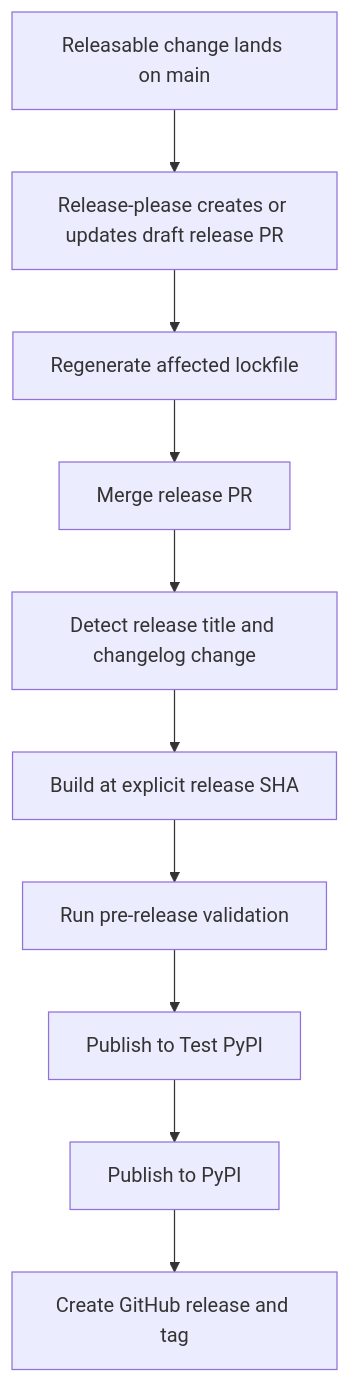
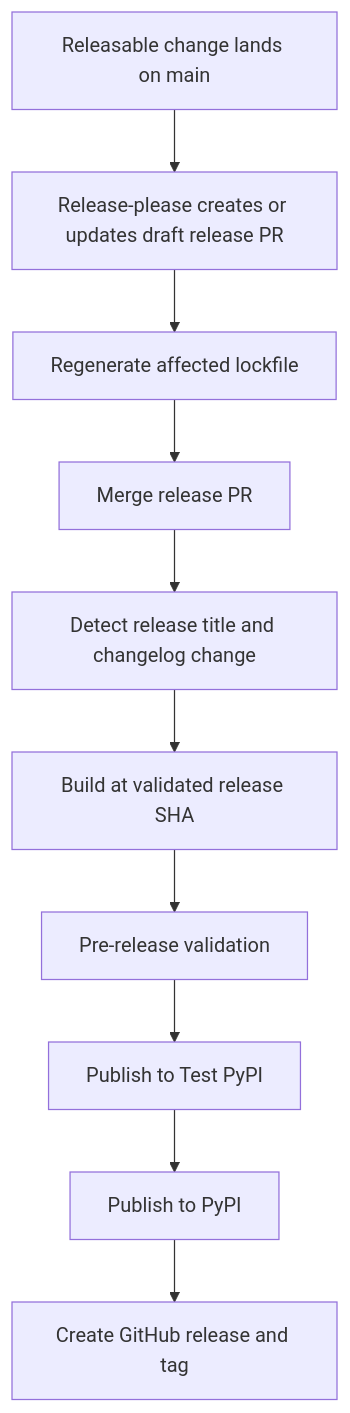
The third of 3 diagrams in openwiki/operations/development.md (langchain-ai/deepagents), drawn with Mermaid before and after one commit. The commit also changed other lines of this file and 41 other files, not shown here.

````diff
--- a/openwiki/operations/development.md
+++ b/openwiki/operations/development.md
@@ -149,12 +183,12 @@
 ```mermaid
 flowchart TD
     Main["Releasable change lands on main"] --> ReleasePR["Release-please creates or updates draft release PR"]
     ReleasePR --> Lock["Regenerate affected lockfile"]
     Lock --> Merge["Merge release PR"]
     Merge --> Detect["Detect release title and changelog change"]
-    Detect --> Build["Build at explicit release SHA"]
-    Build --> Verify["Run pre-release validation"]
-    Verify --> Test["Publish to Test PyPI"]
-    Test --> Publish["Publish to PyPI"]
-    Publish --> Tag["Create GitHub release and tag"]
+    Detect --> Build["Build at validated release SHA"]
+    Build --> Checks["Pre-release validation"]
+    Checks --> TestPyPI["Publish to Test PyPI"]
+    TestPyPI --> PyPI["Publish to PyPI"]
+    PyPI --> Tag["Create GitHub release and tag"]
 ```
````
